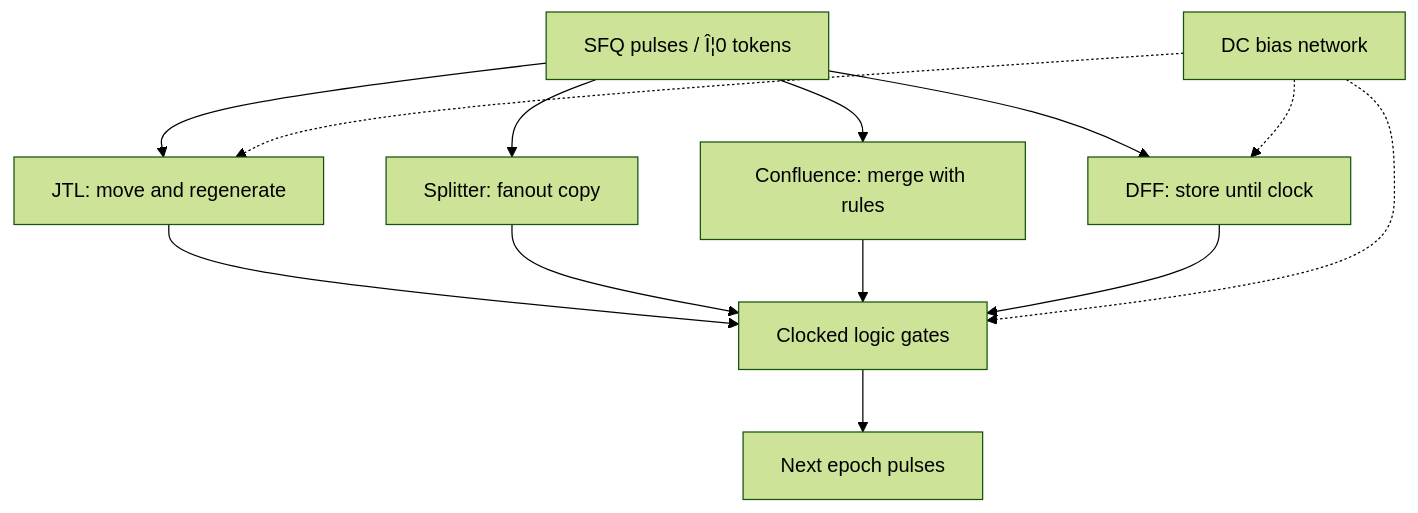
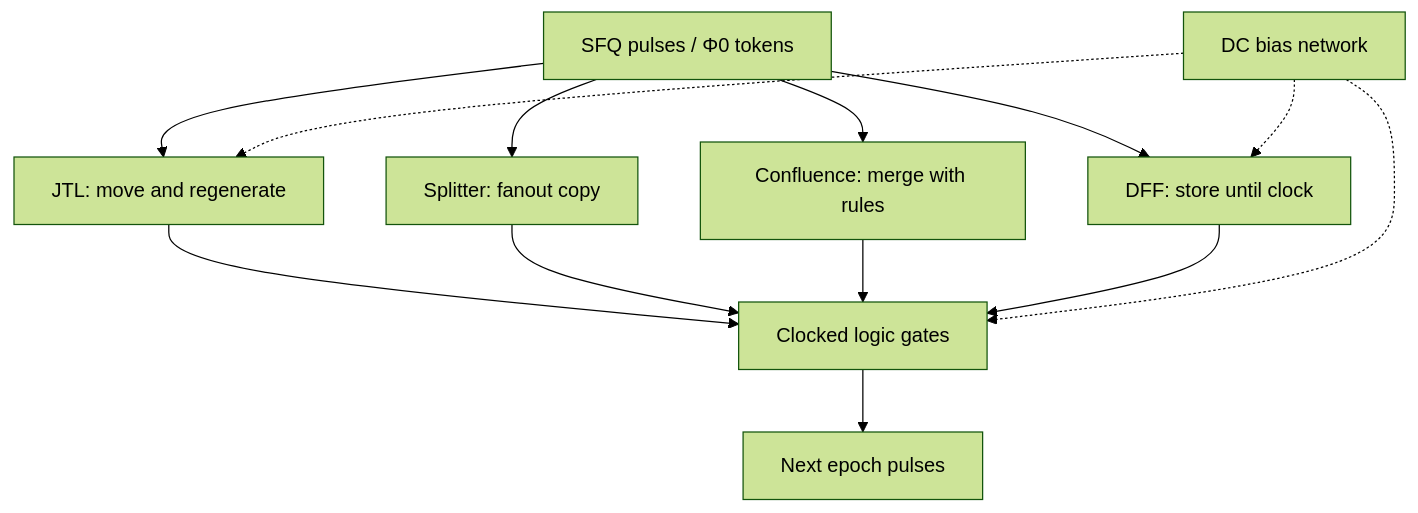
One commit to Single-Flux-Quantum/sfq-learn-public changed the first of 2 diagrams in docs/concepts/rsfq-logic.md. Above: the diagram before and after it, drawn with Mermaid (forest theme). The commit also changed other lines of this file and 39 other files, not shown here.

````diff
--- a/docs/concepts/rsfq-logic.md
+++ b/docs/concepts/rsfq-logic.md
@@ -53,15 +53,15 @@
 ```mermaid
 flowchart TD
-  Pulse[SFQ pulses / Î¦0 tokens] --> JTL[JTL: move and regenerate]
+  Pulse[SFQ pulses / Φ0 tokens] --> JTL[JTL: move and regenerate]
   Pulse --> Split[Splitter: fanout copy]
   Pulse --> Conf[Confluence: merge with rules]
   Pulse --> DFF[DFF: store until clock]
   JTL --> Gates[Clocked logic gates]
   Split --> Gates
   Conf --> Gates
   DFF --> Gates
   Gates --> Out[Next epoch pulses]
   Bias[DC bias network] -.-> Gates
   Bias -.-> JTL
   Bias -.-> DFF
 ```
````
